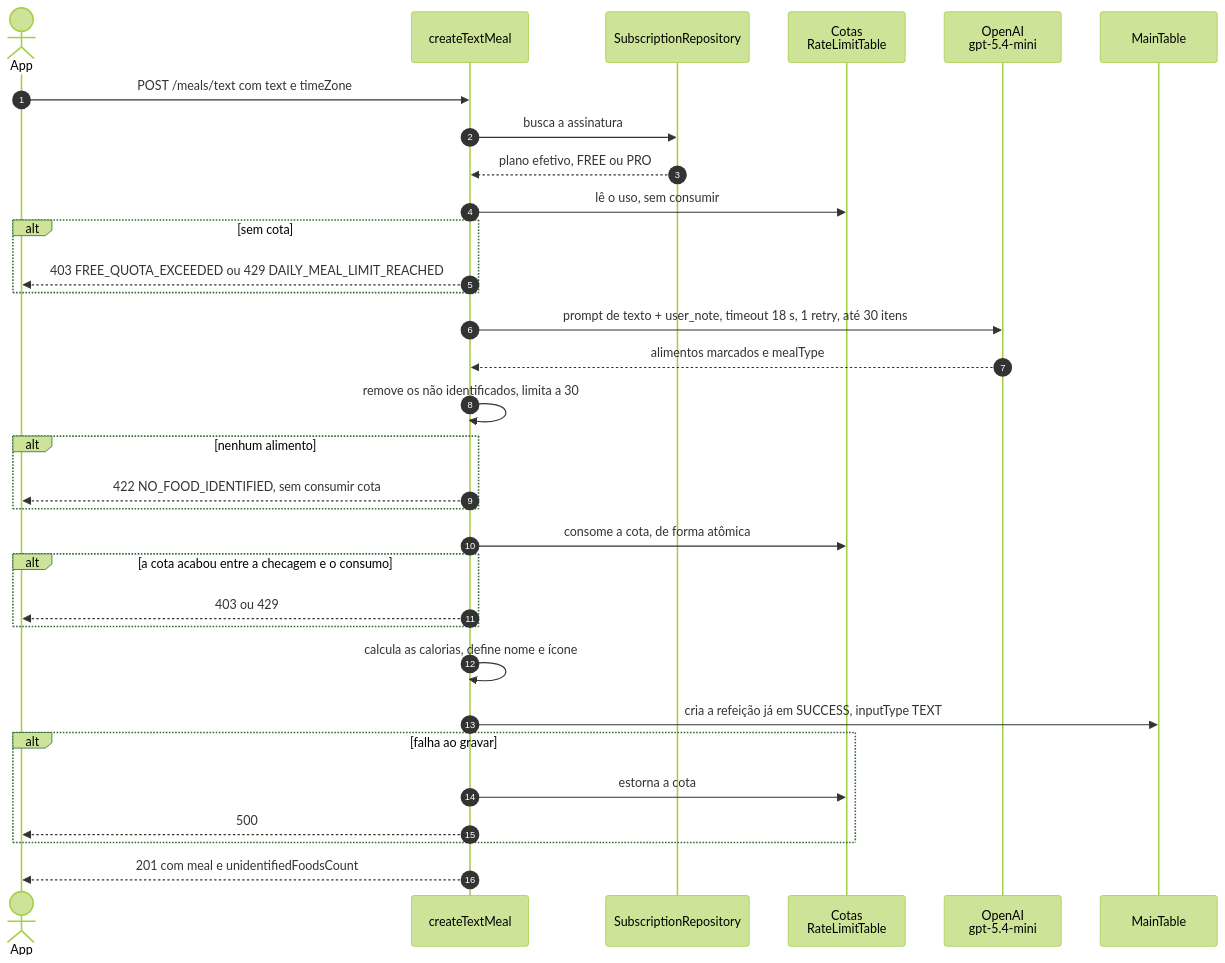
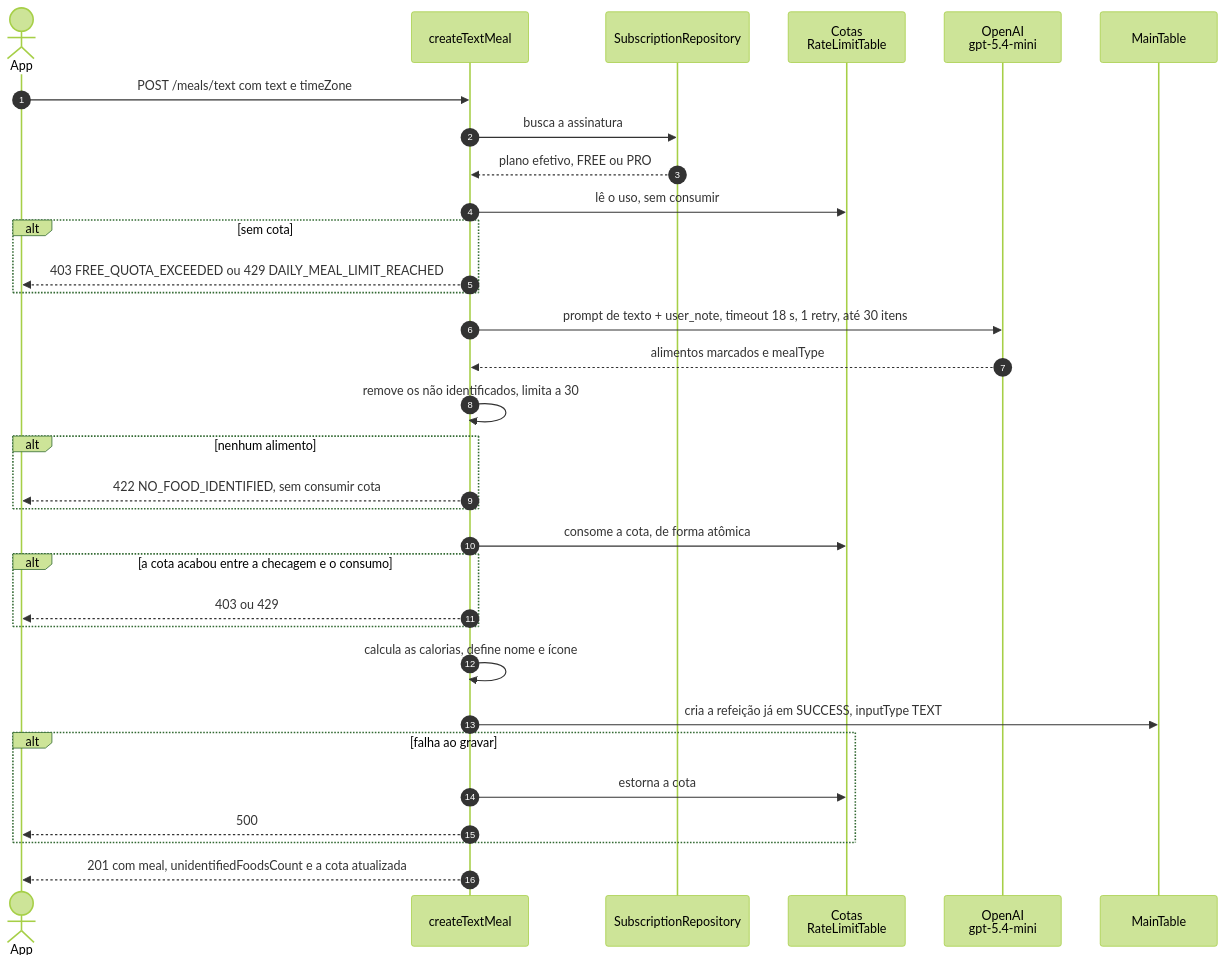
The diagram in docs/guide/fluxos/refeicao-texto.md (nivaldoandrade/nacal-api), drawn with Mermaid (forest theme) before and after one commit. The commit also changed other lines of this file and 13 other files, not shown here.

````diff
--- a/docs/guide/fluxos/refeicao-texto.md
+++ b/docs/guide/fluxos/refeicao-texto.md
@@ -16,35 +16,35 @@
 ```mermaid
 sequenceDiagram
     autonumber
     actor U as App
     participant L as createTextMeal
     participant Sub as SubscriptionRepository
     participant Q as Cotas<br/>RateLimitTable
     participant AI as OpenAI<br/>gpt-5.4-mini
     participant DB as MainTable
 
     U->>L: POST /meals/text com text e timeZone
     L->>Sub: busca a assinatura
     Sub-->>L: plano efetivo, FREE ou PRO
     L->>Q: lê o uso, sem consumir
     alt sem cota
         L-->>U: 403 FREE_QUOTA_EXCEEDED ou 429 DAILY_MEAL_LIMIT_REACHED
     end
     L->>AI: prompt de texto + user_note, timeout 18 s, 1 retry, até 30 itens
     AI-->>L: alimentos marcados e mealType
     L->>L: remove os não identificados, limita a 30
     alt nenhum alimento
         L-->>U: 422 NO_FOOD_IDENTIFIED, sem consumir cota
     end
     L->>Q: consome a cota, de forma atômica
     alt a cota acabou entre a checagem e o consumo
         L-->>U: 403 ou 429
     end
     L->>L: calcula as calorias, define nome e ícone
     L->>DB: cria a refeição já em SUCCESS, inputType TEXT
     alt falha ao gravar
         L->>Q: estorna a cota
         L-->>U: 500
     end
-    L-->>U: 201 com meal e unidentifiedFoodsCount
+    L-->>U: 201 com meal, unidentifiedFoodsCount e a cota atualizada
 ```
````
